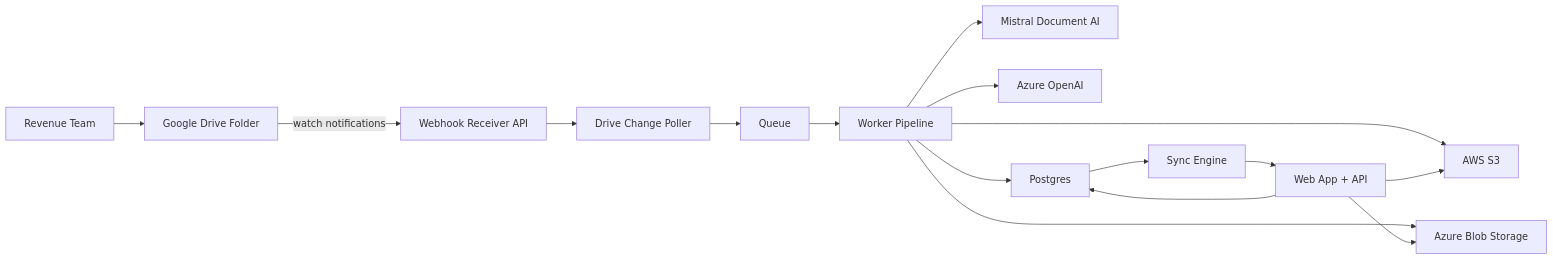
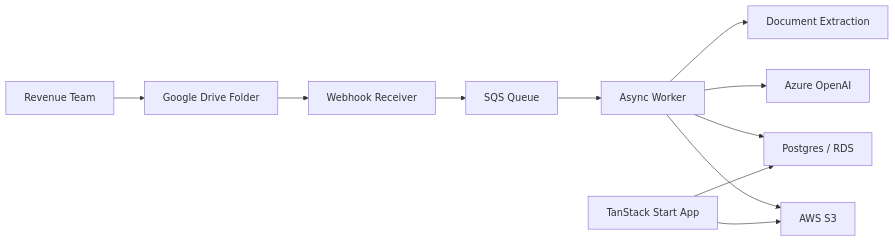
One commit to joseph-grospe/taxgenie-hackathon changed the second of 2 diagrams in docs/ARCHITECTURE.md. Above: the diagram before and after it, drawn with Mermaid. The commit also changed other lines of this file and 3 other files, not shown here.

````diff
--- a/docs/ARCHITECTURE.md
+++ b/docs/ARCHITECTURE.md
@@ -24,21 +279,15 @@
 ```mermaid
 flowchart LR
-    RT[Revenue Team] --> GD[Google Drive Folder]
-    GD -->|watch notifications| WH[Webhook Receiver API]
-    WH --> CK[Drive Change Poller]
-    CK --> Q[Queue]
+    RT["Revenue Team"] --> GD["Google Drive Folder"]
+    GD --> WH["Webhook Receiver"]
+    WH --> Q["SQS Queue"]
+    Q --> WK["Async Worker"]
 
-    Q --> WK[Worker Pipeline]
-    WK --> OCR[Mistral Document AI]
-    WK --> LLM[Azure OpenAI]
+    WK --> OCR["Document Extraction"]
+    WK --> LLM["Azure OpenAI"]
+    WK --> DB["Postgres / RDS"]
+    WK --> S3["AWS S3"]
 
-    WK --> DB[Postgres]
-    WK --> S3[AWS S3]
-    WK --> AZ[Azure Blob Storage]
-
-    APP[Web App + API] --> DB
+    APP["TanStack Start App"] --> DB
     APP --> S3
-    APP --> AZ
-    DB --> SY[Sync Engine]
-    SY --> APP
 ```
````
